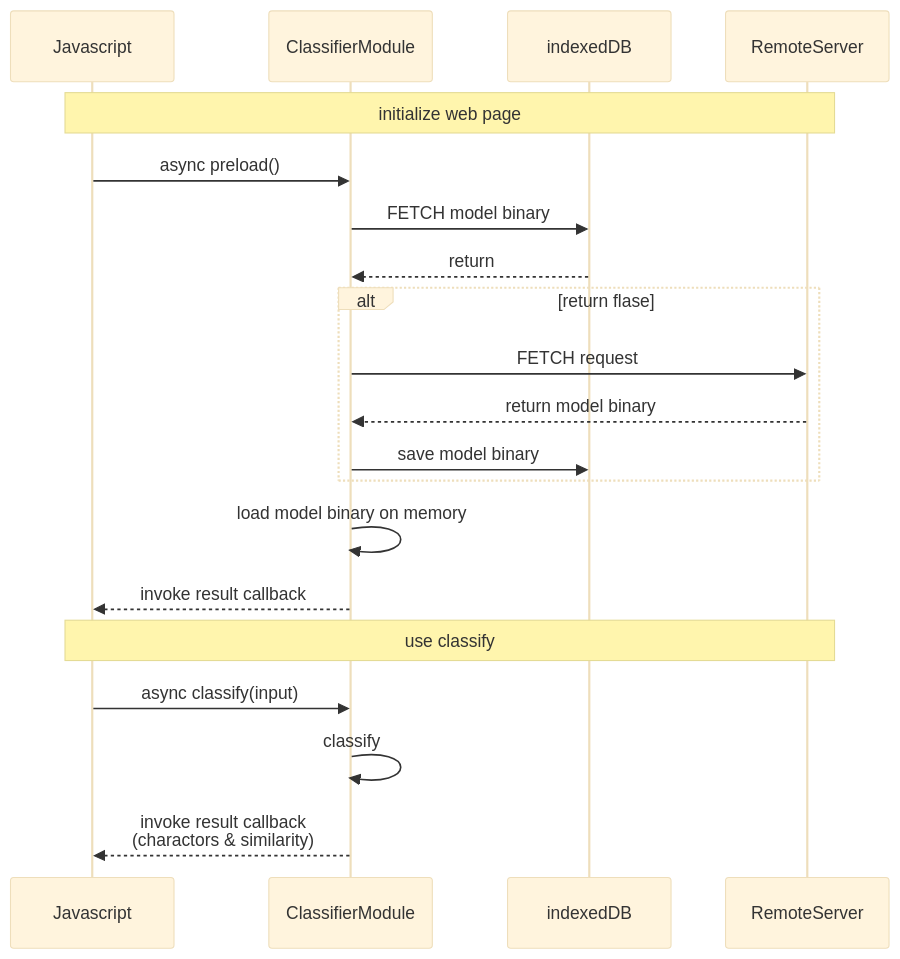
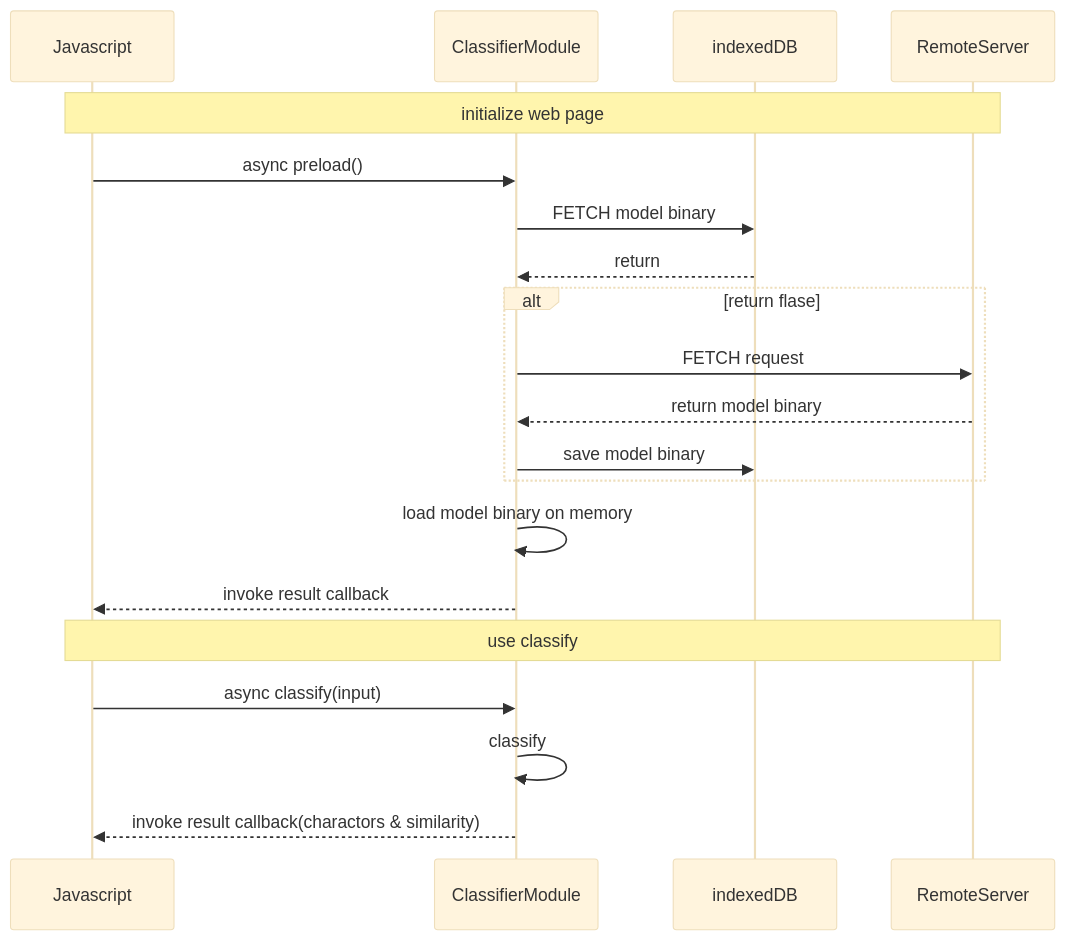
One commit to HungNgKh/zinnia-demo changed the diagram in README.md. Above: the diagram before and after it, drawn with Mermaid (base theme).

Commit message:
sequence end of line fix

````diff
--- a/README.md
+++ b/README.md
@@ -109,23 +109,23 @@
 ```mermaid
 sequenceDiagram
     participant js as Javascript
     participant wasm as ClassifierModule
     participant db as indexedDB
     participant sv as RemoteServer
 
     Note over js, sv: initialize web page
     js->>wasm: async preload()
     wasm->>db: FETCH model binary
     db-->>wasm: return 
     alt return flase
         wasm->>sv: FETCH request
         sv-->>wasm: return model binary
         wasm->>db: save model binary
     end
     wasm->>wasm: load model binary on memory
     wasm-->>js: invoke result callback
     Note over js, sv: use classify
     js->>wasm: async classify(input)
     wasm->>wasm: classify
-    wasm-->>js: invoke result callback<br>(charactors & similarity)
+    wasm-->>js: invoke result callback(charactors & similarity)
 ```
````
